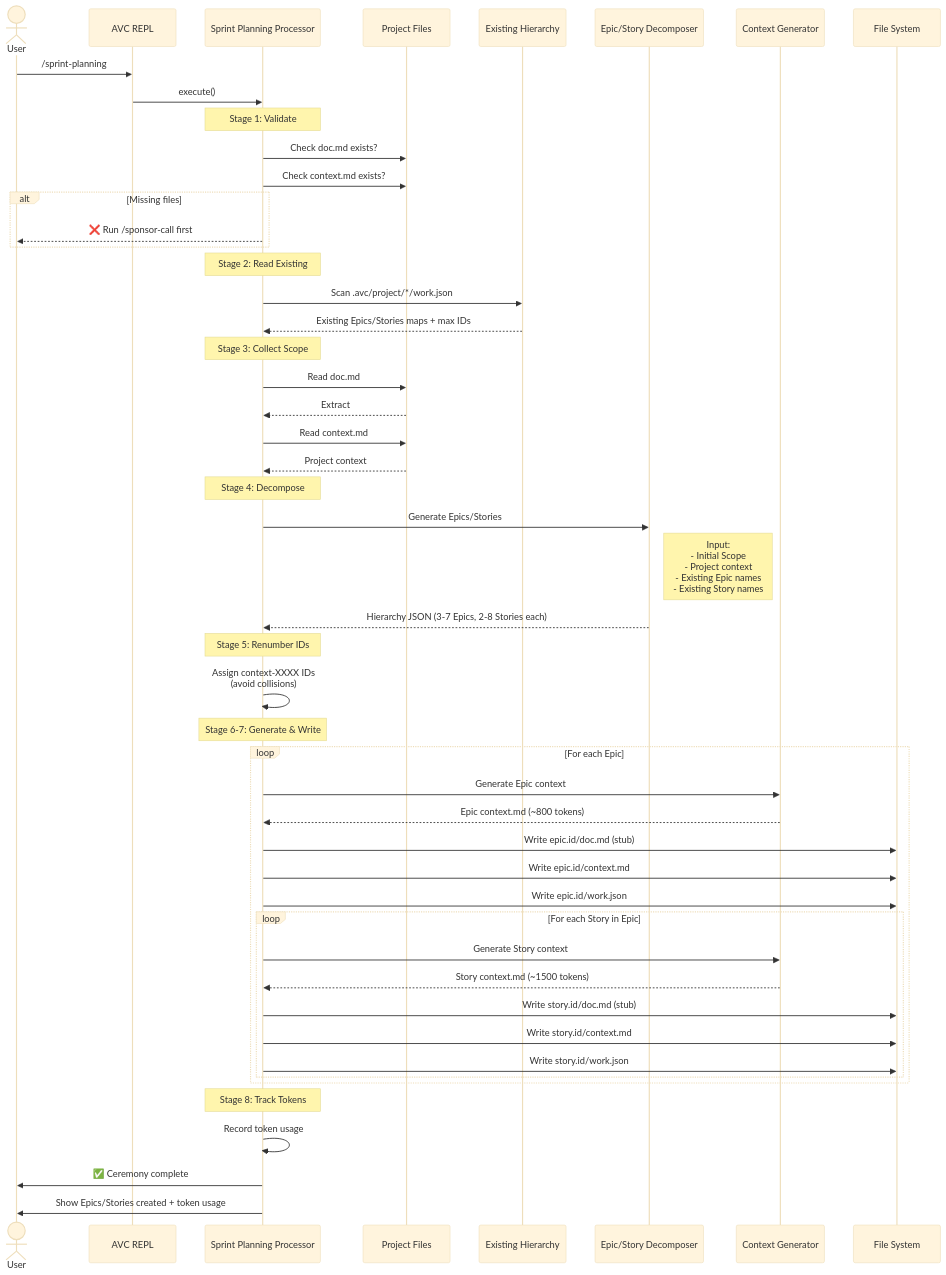
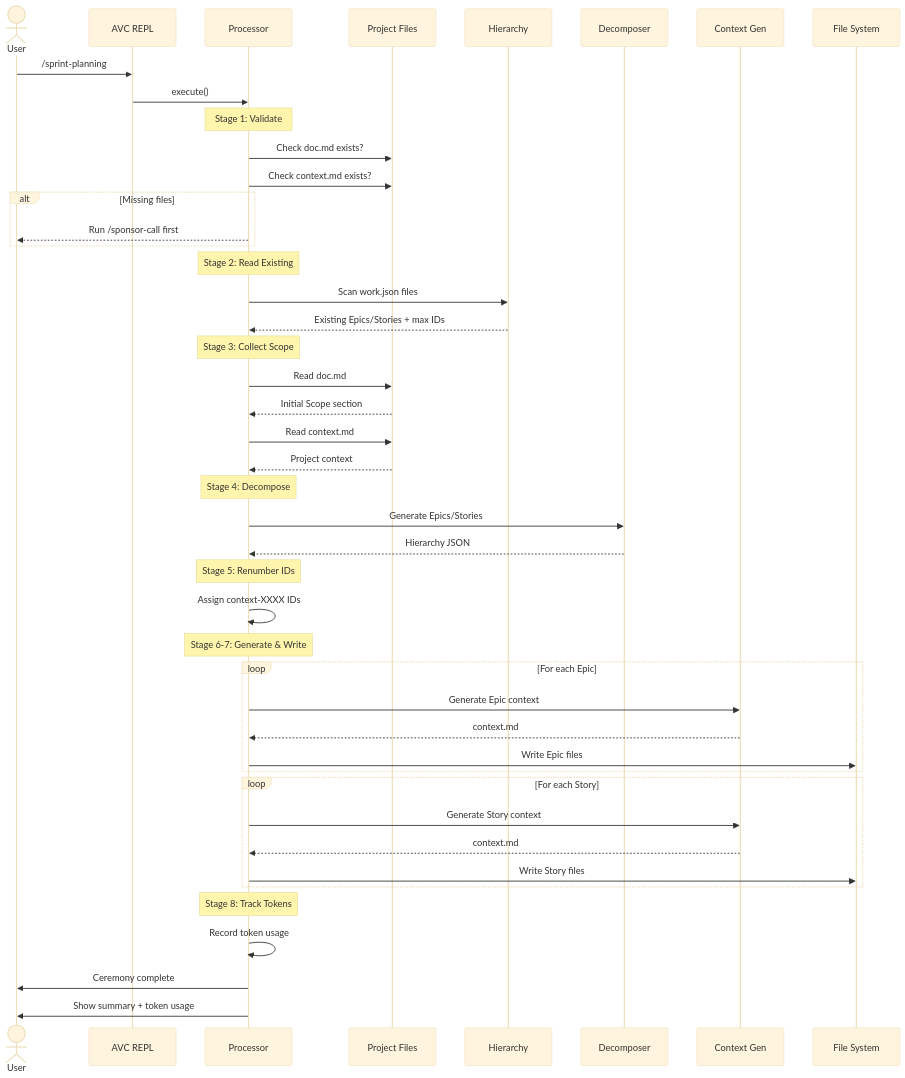
One commit to NachoColl/agilevibecoding changed the diagram in _docs/ceremonies/sprint-planning.md. Above: the diagram before and after it, drawn with Mermaid (base theme). The commit also changed other lines of this file and 1 other file, not shown here.

First line of the commit message:
docs: improve sprint-planning ceremony documentation

````diff
--- a/_docs/ceremonies/sprint-planning.md
+++ b/_docs/ceremonies/sprint-planning.md
@@ -36,62 +36,57 @@
 ```mermaid
 sequenceDiagram
     actor User
     participant REPL as AVC REPL
-    participant Proc as Sprint Planning Processor
+    participant Proc as Processor
     participant ProjFS as Project Files
-    participant HierFS as Existing Hierarchy
-    participant Decomp as Epic/Story Decomposer
-    participant CtxGen as Context Generator
+    participant HierFS as Hierarchy
+    participant Decomp as Decomposer
+    participant CtxGen as Context Gen
     participant OutFS as File System
 
     User->>REPL: /sprint-planning
     REPL->>Proc: execute()
 
     Note over Proc: Stage 1: Validate
     Proc->>ProjFS: Check doc.md exists?
     Proc->>ProjFS: Check context.md exists?
     alt Missing files
-        Proc-->>User: ❌ Run /sponsor-call first
+        Proc-->>User: Run /sponsor-call first
     end
 
     Note over Proc: Stage 2: Read Existing
-    Proc->>HierFS: Scan .avc/project/*/work.json
-    HierFS-->>Proc: Existing Epics/Stories maps + max IDs
+    Proc->>HierFS: Scan work.json files
+    HierFS-->>Proc: Existing Epics/Stories + max IDs
 
     Note over Proc: Stage 3: Collect Scope
     Proc->>ProjFS: Read doc.md
-    ProjFS-->>Proc: Extract ## Initial Scope section
+    ProjFS-->>Proc: Initial Scope section
     Proc->>ProjFS: Read context.md
     ProjFS-->>Proc: Project context
 
     Note over Proc: Stage 4: Decompose
     Proc->>Decomp: Generate Epics/Stories
-    Note right of Decomp: Input:<br/>- Initial Scope<br/>- Project context<br/>- Existing Epic names<br/>- Existing Story names
-    Decomp-->>Proc: Hierarchy JSON (3-7 Epics, 2-8 Stories each)
+    Decomp-->>Proc: Hierarchy JSON
 
     Note over Proc: Stage 5: Renumber IDs
-    Proc->>Proc: Assign context-XXXX IDs<br/>(avoid collisions)
+    Proc->>Proc: Assign context-XXXX IDs
 
     Note over Proc: Stage 6-7: Generate & Write
     loop For each Epic
         Proc->>CtxGen: Generate Epic context
-        CtxGen-->>Proc: Epic context.md (~800 tokens)
-        Proc->>OutFS: Write epic.id/doc.md (stub)
-        Proc->>OutFS: Write epic.id/context.md
-        Proc->>OutFS: Write epic.id/work.json
+        CtxGen-->>Proc: context.md
+        Proc->>OutFS: Write Epic files
+    end
 
-        loop For each Story in Epic
-            Proc->>CtxGen: Generate Story context
-            CtxGen-->>Proc: Story context.md (~1500 tokens)
-            Proc->>OutFS: Write story.id/doc.md (stub)
-            Proc->>OutFS: Write story.id/context.md
-            Proc->>OutFS: Write story.id/work.json
-        end
+    loop For each Story
+        Proc->>CtxGen: Generate Story context
+        CtxGen-->>Proc: context.md
+        Proc->>OutFS: Write Story files
     end
 
     Note over Proc: Stage 8: Track Tokens
     Proc->>Proc: Record token usage
 
-    Proc->>User: ✅ Ceremony complete
-    Proc->>User: Show Epics/Stories created + token usage
+    Proc->>User: Ceremony complete
+    Proc->>User: Show summary + token usage
 ```
````
